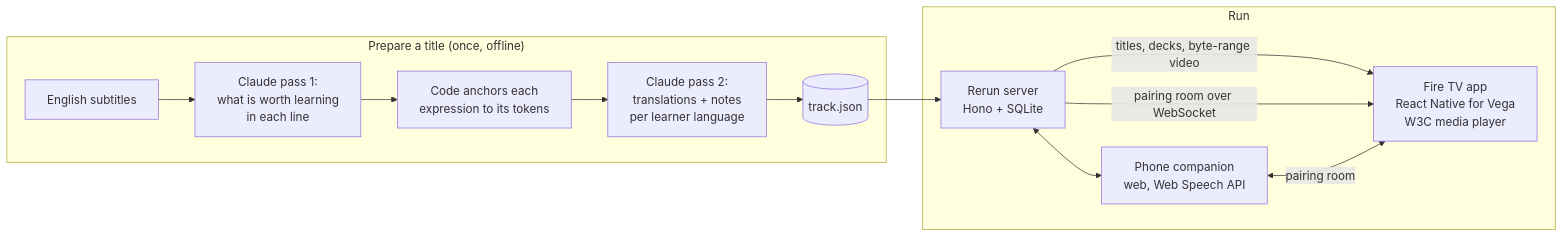
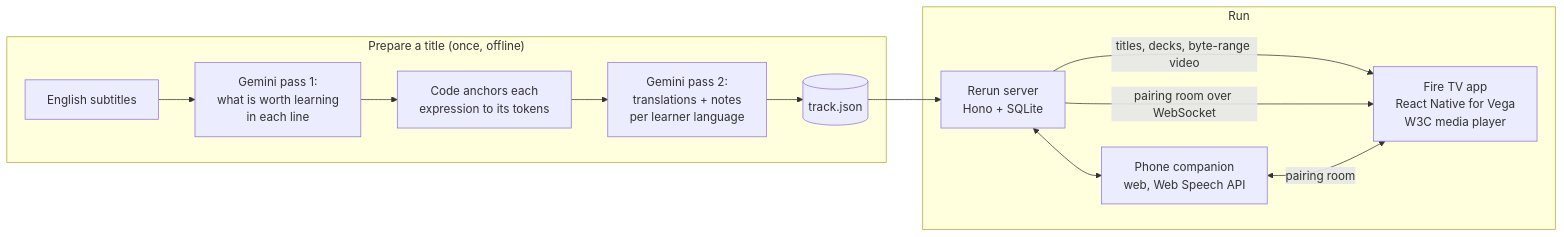
One commit to ZNLong2203/rerun-tv changed the diagram in README.md. Above: the diagram before and after it, drawn with Mermaid. The commit also changed other lines of this file and 10 other files, not shown here.

````diff
--- a/README.md
+++ b/README.md
@@ -65,16 +65,16 @@
 ```mermaid
 flowchart LR
   subgraph Prepare["Prepare a title (once, offline)"]
-    SRT[English subtitles] --> P1[Claude pass 1:<br/>what is worth learning<br/>in each line]
+    SRT[English subtitles] --> P1[Gemini pass 1:<br/>what is worth learning<br/>in each line]
     P1 --> A[Code anchors each<br/>expression to its tokens]
-    A --> P2[Claude pass 2:<br/>translations + notes<br/>per learner language]
+    A --> P2[Gemini pass 2:<br/>translations + notes<br/>per learner language]
     P2 --> T[(track.json)]
   end
   subgraph Run
     T --> S[Rerun server<br/>Hono + SQLite]
     S -- titles, decks, byte-range video --> TV[Fire TV app<br/>React Native for Vega<br/>W3C media player]
     S -- pairing room over WebSocket --> TV
     S <--> Phone[Phone companion<br/>web, Web Speech API]
     Phone <-- pairing room --> TV
   end
 ```
````
